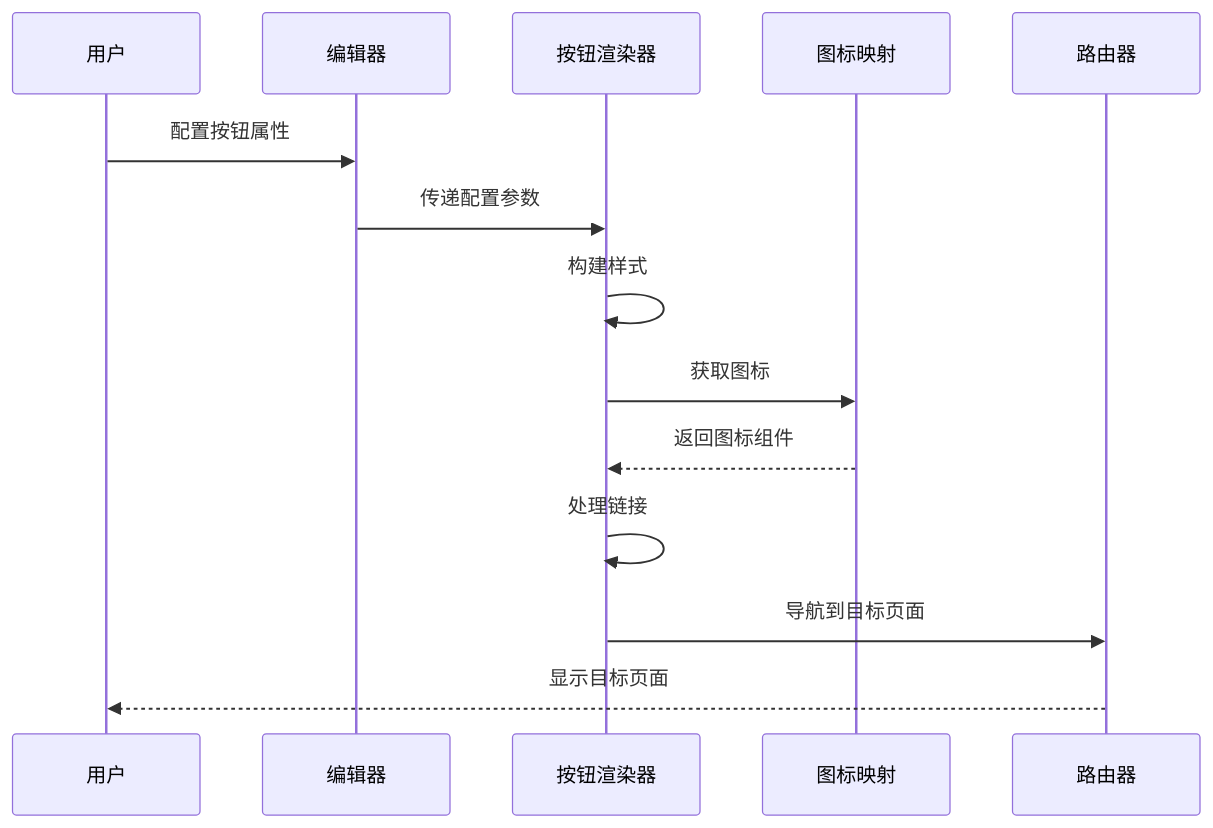
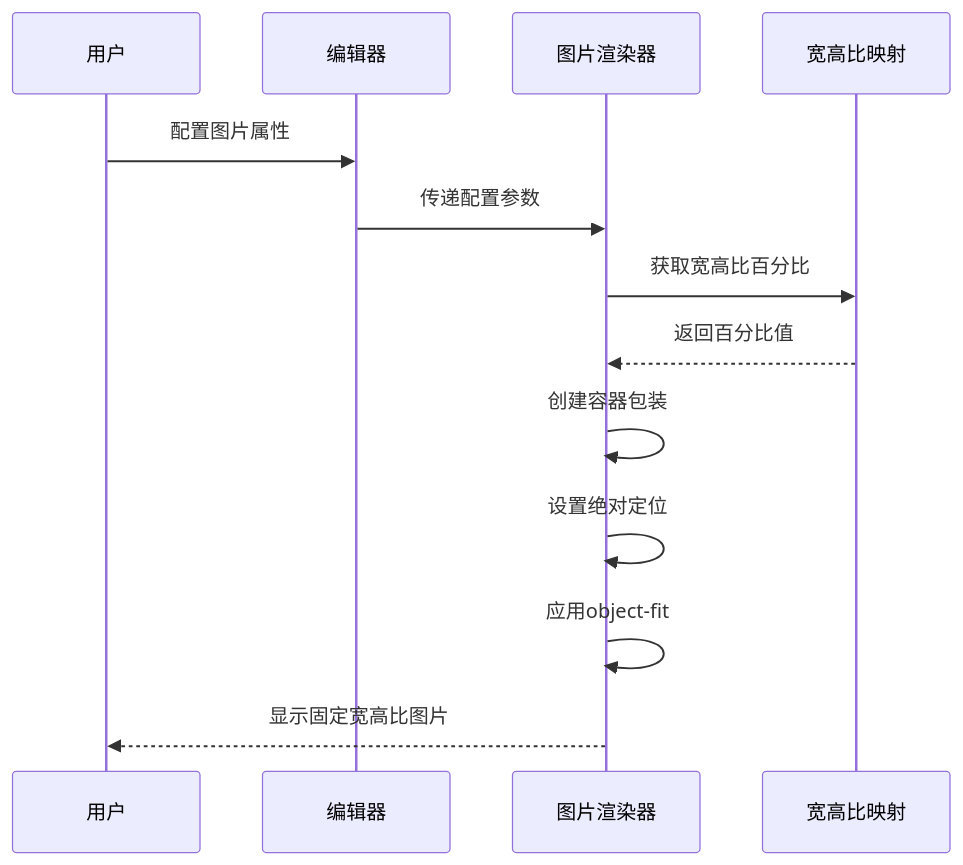
One commit to wyg5208/website_diy changed diagram 11 of 16 in .qoder/repowiki/zh/content/前端组件系统/组件库系统/组件通用配置.md. Above: the diagram before and after it, drawn with Mermaid. The commit also changed other lines of this file and 109 other files, not shown here.

````diff
--- a/.qoder/repowiki/zh/content/前端组件系统/组件库系统/组件通用配置.md
+++ b/.qoder/repowiki/zh/content/前端组件系统/组件库系统/组件通用配置.md
@@ -405,16 +489,15 @@
 ```mermaid
 sequenceDiagram
 participant User as 用户
 participant Editor as 编辑器
-participant ButtonRenderer as 按钮渲染器
-participant IconMap as 图标映射
-participant Router as 路由器
-User->>Editor : 配置按钮属性
-Editor->>ButtonRenderer : 传递配置参数
-ButtonRenderer->>ButtonRenderer : 构建样式
-ButtonRenderer->>IconMap : 获取图标
-IconMap-->>ButtonRenderer : 返回图标组件
-ButtonRenderer->>ButtonRenderer : 处理链接
-ButtonRenderer->>Router : 导航到目标页面
-Router-->>User : 显示目标页面
+participant ImageRenderer as 图片渲染器
+participant RatioMap as 宽高比映射
+User->>Editor : 配置图片属性
+Editor->>ImageRenderer : 传递配置参数
+ImageRenderer->>RatioMap : 获取宽高比百分比
+RatioMap-->>ImageRenderer : 返回百分比值
+ImageRenderer->>ImageRenderer : 创建容器包装
+ImageRenderer->>ImageRenderer : 设置绝对定位
+ImageRenderer->>ImageRenderer : 应用object-fit
+ImageRenderer-->>User : 显示固定宽高比图片
 ```
````
